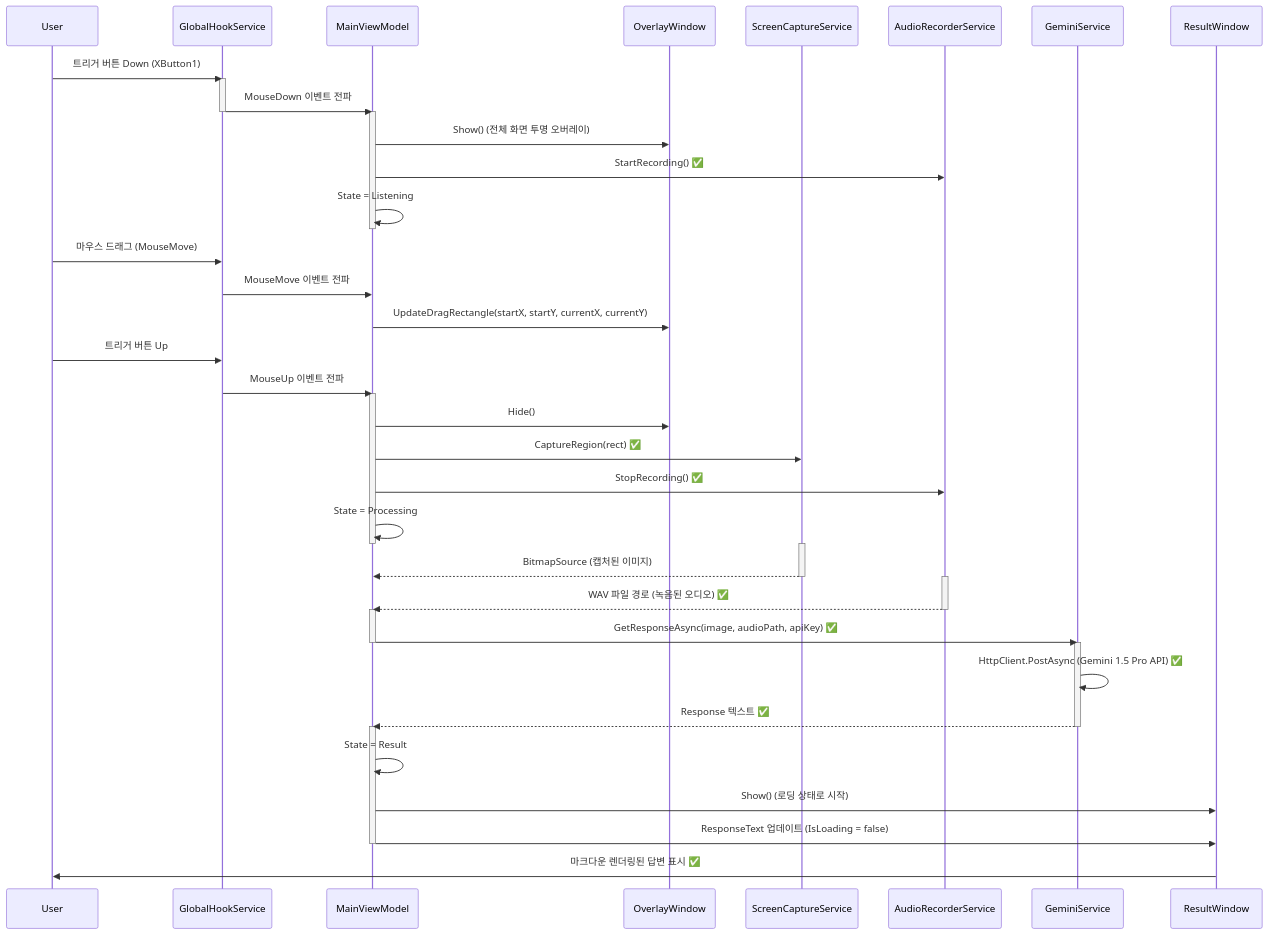
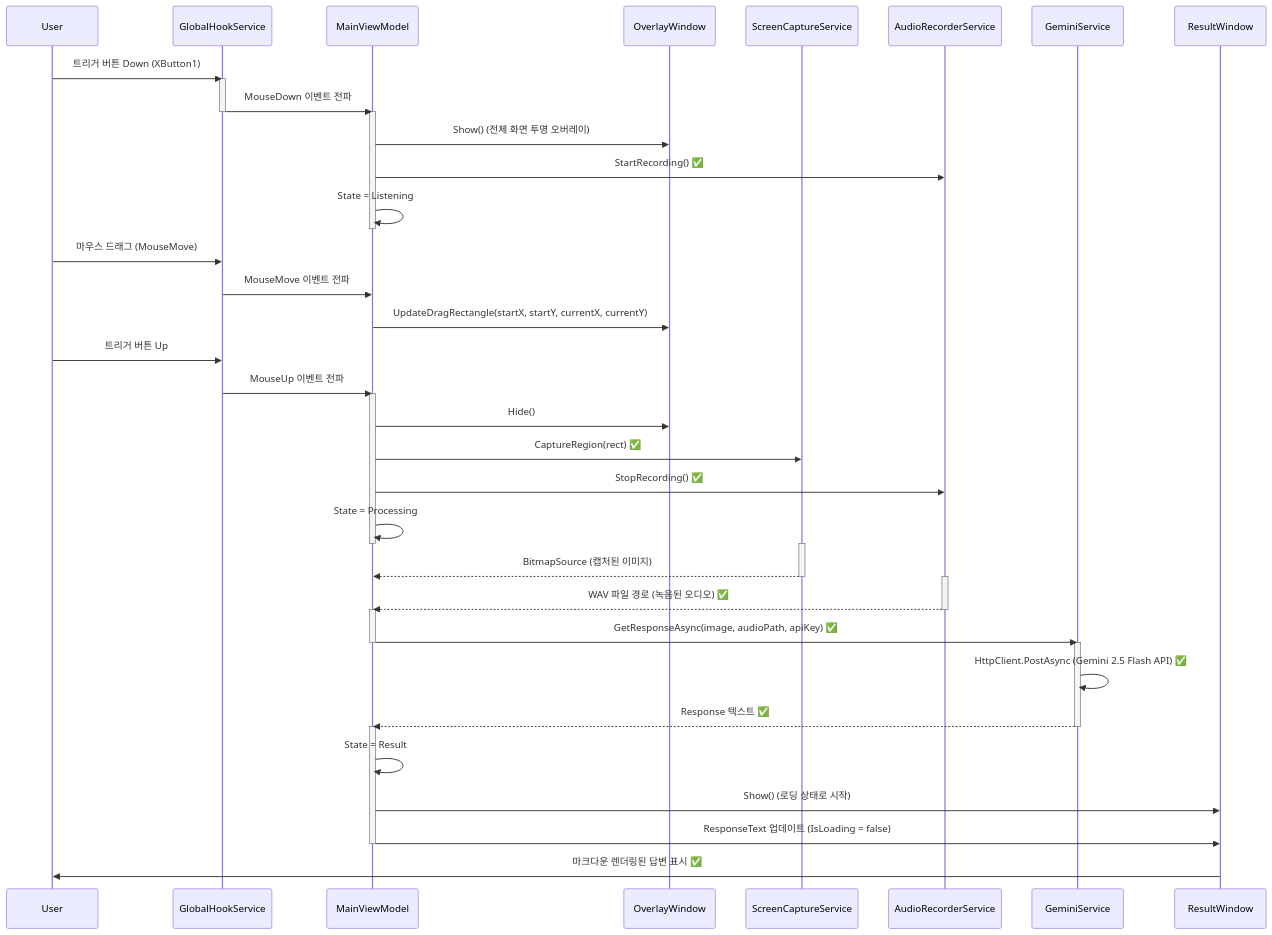
Before and after one commit to dreamwars99/AI_mouse: the first of 4 diagrams in md/Architecture.md, drawn with Mermaid. The commit also changed other lines of this file and 4 other files, not shown here.

````diff
--- a/md/Architecture.md
+++ b/md/Architecture.md
@@ -12,61 +12,61 @@
 ```mermaid
 sequenceDiagram
     participant User
     participant Hook as GlobalHookService
     participant VM as MainViewModel
     participant Overlay as OverlayWindow
     participant Capture as ScreenCaptureService
     participant Audio as AudioRecorderService
     participant AI as GeminiService
     participant Result as ResultWindow
 
     User->>Hook: 트리거 버튼 Down (XButton1)
     activate Hook
     Hook->>VM: MouseDown 이벤트 전파
     deactivate Hook
     
     activate VM
     VM->>Overlay: Show() (전체 화면 투명 오버레이)
     VM->>Audio: StartRecording() ✅
     VM->>VM: State = Listening
     deactivate VM
     
     User->>Hook: 마우스 드래그 (MouseMove)
     Hook->>VM: MouseMove 이벤트 전파
     VM->>Overlay: UpdateDragRectangle(startX, startY, currentX, currentY)
     
     User->>Hook: 트리거 버튼 Up
     Hook->>VM: MouseUp 이벤트 전파
     
     activate VM
     VM->>Overlay: Hide()
     VM->>Capture: CaptureRegion(rect) ✅
     VM->>Audio: StopRecording() ✅
     VM->>VM: State = Processing
     deactivate VM
     
     activate Capture
     Capture-->>VM: BitmapSource (캡처된 이미지)
     deactivate Capture
     
     activate Audio
     Audio-->>VM: WAV 파일 경로 (녹음된 오디오) ✅
     deactivate Audio
     
     activate VM
     VM->>AI: GetResponseAsync(image, audioPath, apiKey) ✅
     deactivate VM
     
     activate AI
-    AI->>AI: HttpClient.PostAsync (Gemini 1.5 Pro API) ✅
+    AI->>AI: HttpClient.PostAsync (Gemini 2.5 Flash API) ✅
     AI-->>VM: Response 텍스트 ✅
     deactivate AI
     
     activate VM
     VM->>VM: State = Result
     VM->>Result: Show() (로딩 상태로 시작)
     VM->>Result: ResponseText 업데이트 (IsLoading = false)
     deactivate VM
     
     Result->>User: 마크다운 렌더링된 답변 표시 ✅
 ```
````
